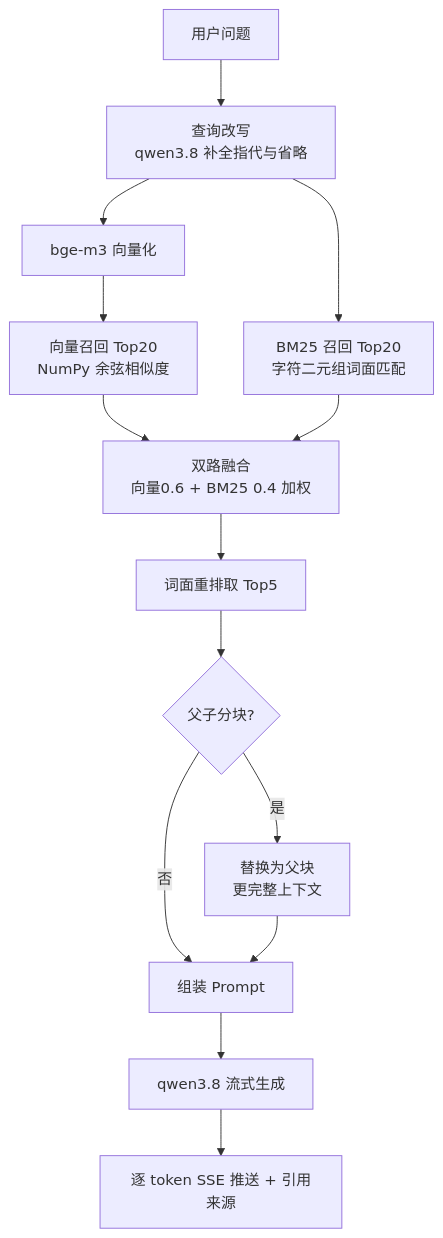
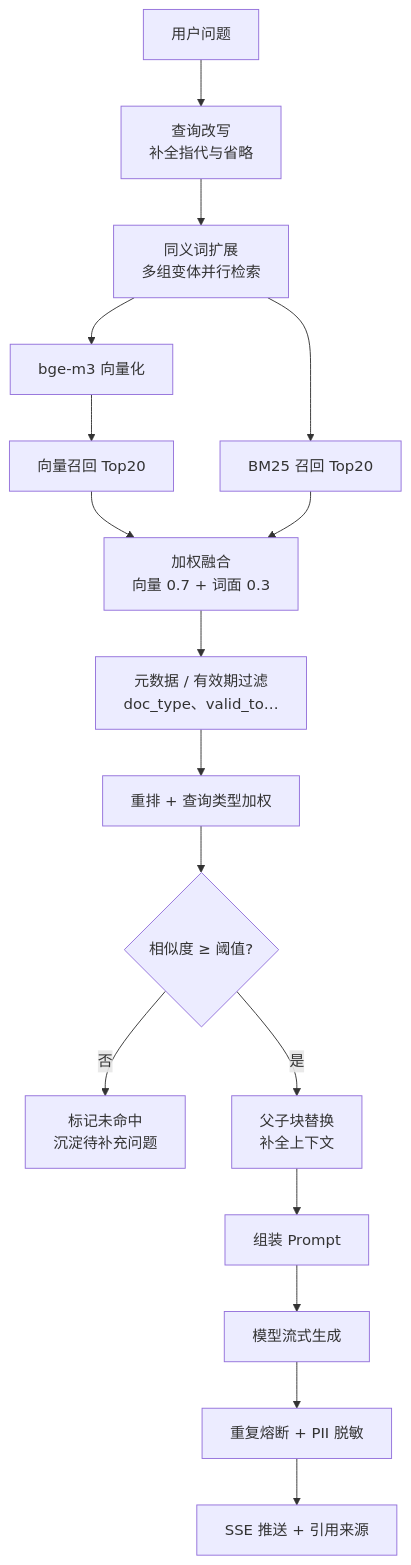
One commit to xabai/rag-customer-demo changed the second of 3 diagrams in README.md. Above: the diagram before and after it, drawn with Mermaid. The commit also changed other lines of this file and 1 other file, not shown here.

````diff
--- a/README.md
+++ b/README.md
@@ -77,15 +122,18 @@
 ```mermaid
 flowchart TD
-    Q[用户问题] --> RW[查询改写<br/>qwen3.8 补全指代与省略]
-    RW --> VEC[bge-m3 向量化]
-    VEC --> V[向量召回 Top20<br/>NumPy 余弦相似度]
-    RW --> B[BM25 召回 Top20<br/>字符二元组词面匹配]
-    V & B --> FUSE[双路融合<br/>向量0.6 + BM25 0.4 加权]
-    FUSE --> RR[词面重排取 Top5]
-    RR --> PC{父子分块?}
-    PC -->|是| PARENT[替换为父块<br/>更完整上下文]
-    PC -->|否| CTX
-    PARENT --> CTX[组装 Prompt]
-    CTX --> GEN[qwen3.8 流式生成]
-    GEN --> OUT[逐 token SSE 推送 + 引用来源]
+    Q[用户问题] --> RW[查询改写<br/>补全指代与省略]
+    RW --> SYN[同义词扩展<br/>多组变体并行检索]
+    SYN --> EMB[bge-m3 向量化]
+    EMB --> V[向量召回 Top20]
+    SYN --> B[BM25 召回 Top20]
+    V & B --> FUSE[加权融合<br/>向量 0.7 + 词面 0.3]
+    FUSE --> FILTER[元数据 / 有效期过滤<br/>doc_type、valid_to…]
+    FILTER --> RR[重排 + 查询类型加权]
+    RR --> TH{相似度 ≥ 阈值?}
+    TH -->|否| MISS[标记未命中<br/>沉淀待补充问题]
+    TH -->|是| PC[父子块替换<br/>补全上下文]
+    PC --> CTX[组装 Prompt]
+    CTX --> GEN[模型流式生成]
+    GEN --> GUARD[重复熔断 + PII 脱敏]
+    GUARD --> OUT[SSE 推送 + 引用来源]
 ```
````
